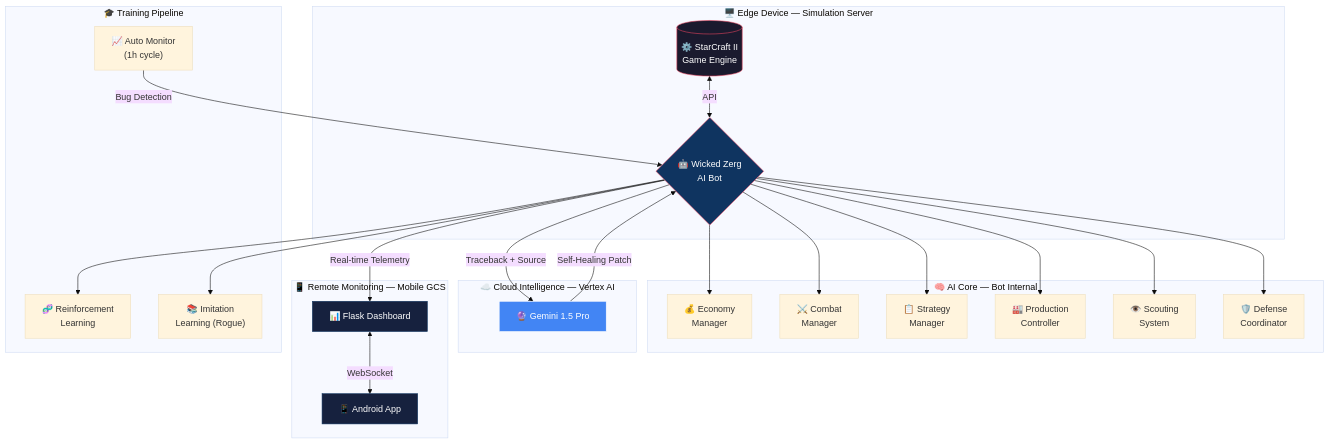
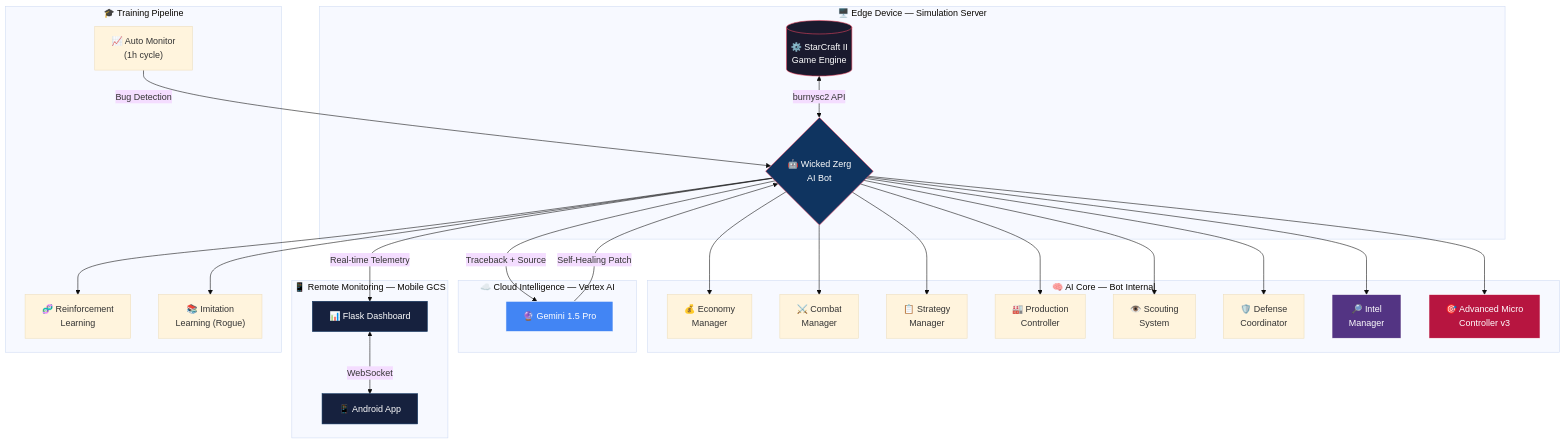
Before and after one commit to sun475300-sudo/Swarm-control-in-sc2bot: the first of 29 diagrams in README.md, drawn with Mermaid (base theme). The commit also changed other lines of this file and 9 other files, not shown here.

````diff
--- a/README.md
+++ b/README.md
@@ -37,45 +38,49 @@
 ```mermaid
 graph TB
     subgraph "🖥️ Edge Device — Simulation Server"
         SC2[("⚙️ StarCraft II<br/>Game Engine")]
         BOT{"🤖 Wicked Zerg<br/>AI Bot"}
-        SC2 <-->|"API"| BOT
+        SC2 <-->|"burnysc2 API"| BOT
     end
 
     subgraph "🧠 AI Core — Bot Internal"
         ECO["💰 Economy<br/>Manager"]
         COM["⚔️ Combat<br/>Manager"]
         STR["📋 Strategy<br/>Manager"]
         PRD["🏭 Production<br/>Controller"]
         SCT["👁️ Scouting<br/>System"]
         DEF["🛡️ Defense<br/>Coordinator"]
-        BOT --> ECO & COM & STR & PRD & SCT & DEF
+        INTEL["🔎 Intel<br/>Manager"]
+        MICRO["🎯 Advanced Micro<br/>Controller v3"]
+        BOT --> ECO & COM & STR & PRD & SCT & DEF & INTEL & MICRO
     end
 
     subgraph "☁️ Cloud Intelligence — Vertex AI"
         GEM["🔮 Gemini 1.5 Pro"]
         BOT -->|"Traceback + Source"| GEM
         GEM -->|"Self-Healing Patch"| BOT
     end
 
     subgraph "📱 Remote Monitoring — Mobile GCS"
         DASH["📊 Flask Dashboard"]
         APP["📱 Android App"]
         BOT -->|"Real-time Telemetry"| DASH
         DASH <-->|"WebSocket"| APP
     end
 
     subgraph "🎓 Training Pipeline"
         RL["🧬 Reinforcement<br/>Learning"]
         IL["📚 Imitation<br/>Learning (Rogue)"]
         MON["📈 Auto Monitor<br/>(1h cycle)"]
         BOT --> RL & IL
         MON -->|"Bug Detection"| BOT
     end
 
     style SC2 fill:#1a1a2e,stroke:#e94560,color:#fff
     style BOT fill:#0f3460,stroke:#e94560,color:#fff
     style GEM fill:#4285f4,stroke:#fff,color:#fff
     style DASH fill:#16213e,stroke:#0f3460,color:#fff
     style APP fill:#16213e,stroke:#0f3460,color:#fff
+    style INTEL fill:#533483,stroke:#fff,color:#fff
+    style MICRO fill:#b71540,stroke:#fff,color:#fff
 ```
````
